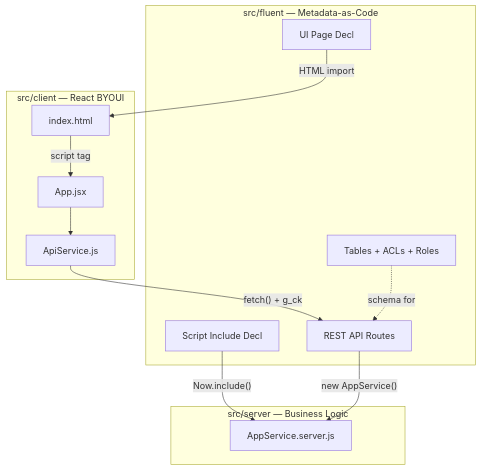
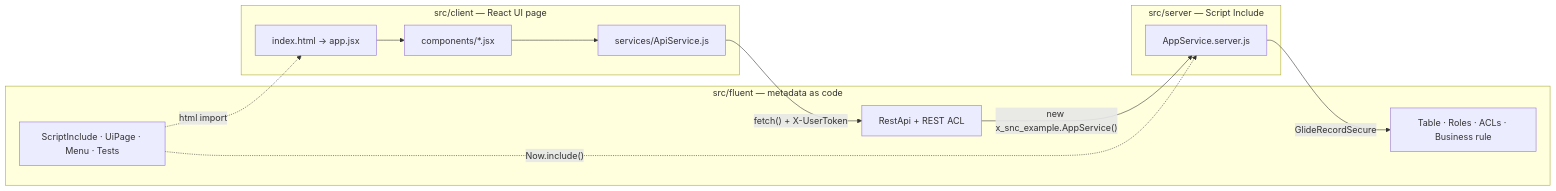
Before and after one commit to jschuller/sn-app-template: the diagram in README.md, drawn with Mermaid. The commit also changed other lines of this file and 13 other files, not shown here.

````diff
--- a/README.md
+++ b/README.md
@@ -69,25 +72,23 @@
 ```mermaid
-graph TD
-    subgraph FLUENT["src/fluent — Metadata-as-Code"]
-        TBL["Tables + ACLs + Roles"]
-        API["REST API Routes"]
-        SI["Script Include Decl"]
-        UI["UI Page Decl"]
+graph LR
+    subgraph CLIENT["src/client — React UI page"]
+        PAGE["index.html → app.jsx"]
+        UI["components/*.jsx"]
+        CLI["services/ApiService.js"]
     end
-    subgraph SERVER["src/server — Business Logic"]
+    subgraph FLUENT["src/fluent — metadata as code"]
+        REST["RestApi + REST ACL"]
+        DATA["Table · Roles · ACLs · Business rule"]
+        DECL["ScriptInclude · UiPage · Menu · Tests"]
+    end
+    subgraph SERVER["src/server — Script Include"]
         SVC["AppService.server.js"]
     end
-    subgraph CLIENT["src/client — React BYOUI"]
-        HTML["index.html"]
-        JSX["App.jsx"]
-        APISVC["ApiService.js"]
-    end
 
-    SI -->|"Now.include()"| SVC
-    UI -->|"HTML import"| HTML
-    HTML -->|"script tag"| JSX
-    JSX --> APISVC
-    APISVC -->|"fetch() + g_ck"| API
-    API -->|"new AppService()"| SVC
-    TBL -.->|"schema for"| API
+    PAGE --> UI --> CLI
+    CLI -->|"fetch() + X-UserToken"| REST
+    REST -->|"new x_snc_example.AppService()"| SVC
+    SVC -->|"GlideRecordSecure"| DATA
+    DECL -.->|"Now.include()"| SVC
+    DECL -.->|"html import"| PAGE
 ```
````
